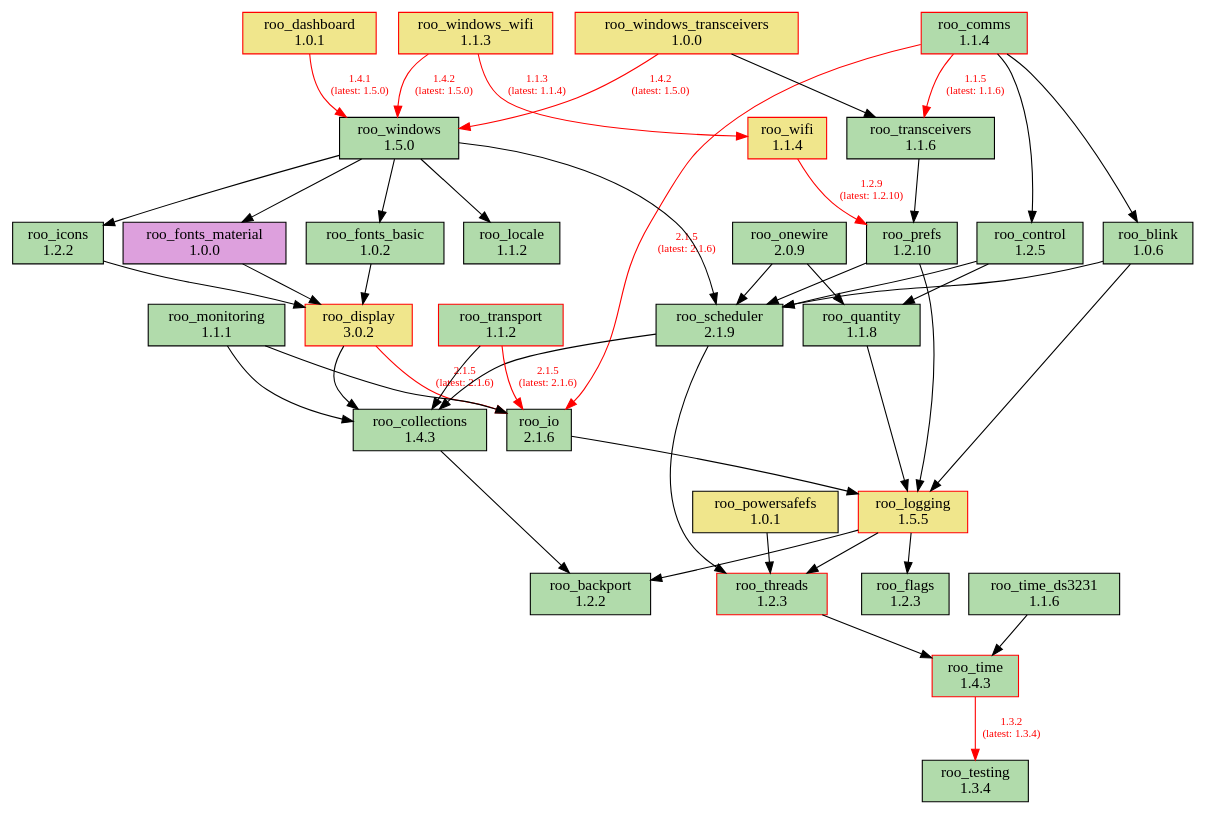
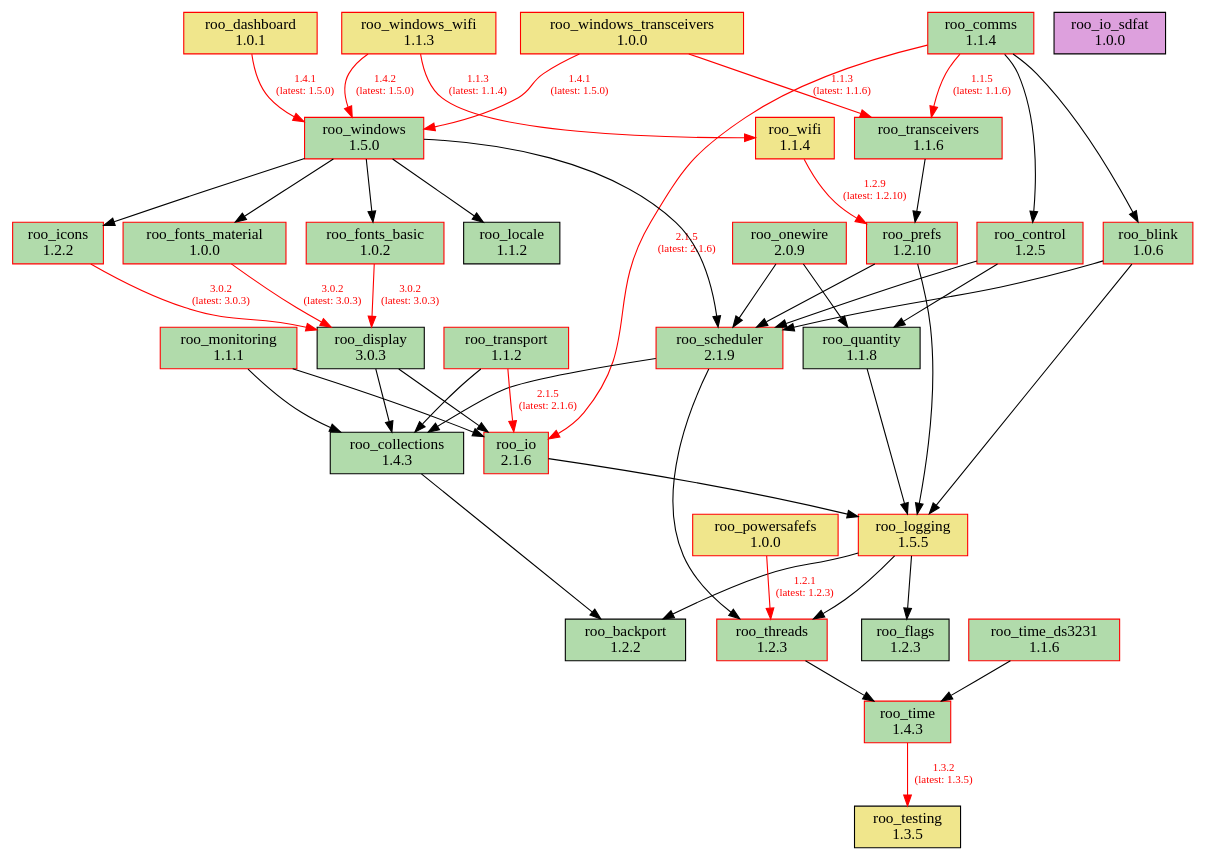
The diagram in doc/dependencies.dot (dejwk/roo-registry), drawn with Graphviz before and after one commit. The commit also changed 3 other files, not shown here.

Commit message:
Added roo_display 3.0.3 to the registry.

```diff
--- a/doc/dependencies.dot
+++ b/doc/dependencies.dot
@@ -1,84 +1,85 @@
 digraph dependencies {
     rankdir=TB;
     node [shape=box, style=filled];
     edge [fontsize=10];
 
     // Modules
     "roo_backport" [label="roo_backport\n1.2.2", fillcolor="#b1dbab", color="black"];
-    "roo_blink" [label="roo_blink\n1.0.6", fillcolor="#b1dbab", color="black"];
+    "roo_blink" [label="roo_blink\n1.0.6", fillcolor="#b1dbab", color="red"];
     "roo_collections" [label="roo_collections\n1.4.3", fillcolor="#b1dbab", color="black"];
     "roo_comms" [label="roo_comms\n1.1.4", fillcolor="#b1dbab", color="red"];
-    "roo_control" [label="roo_control\n1.2.5", fillcolor="#b1dbab", color="black"];
+    "roo_control" [label="roo_control\n1.2.5", fillcolor="#b1dbab", color="red"];
     "roo_dashboard" [label="roo_dashboard\n1.0.1", fillcolor="khaki", color="red"];
-    "roo_display" [label="roo_display\n3.0.2", fillcolor="khaki", color="red"];
+    "roo_display" [label="roo_display\n3.0.3", fillcolor="#b1dbab", color="black"];
     "roo_flags" [label="roo_flags\n1.2.3", fillcolor="#b1dbab", color="black"];
-    "roo_fonts_basic" [label="roo_fonts_basic\n1.0.2", fillcolor="#b1dbab", color="black"];
-    "roo_fonts_material" [label="roo_fonts_material\n1.0.0", fillcolor="plum", color="black"];
-    "roo_icons" [label="roo_icons\n1.2.2", fillcolor="#b1dbab", color="black"];
-    "roo_io" [label="roo_io\n2.1.6", fillcolor="#b1dbab", color="black"];
+    "roo_fonts_basic" [label="roo_fonts_basic\n1.0.2", fillcolor="#b1dbab", color="red"];
+    "roo_fonts_material" [label="roo_fonts_material\n1.0.0", fillcolor="#b1dbab", color="red"];
+    "roo_icons" [label="roo_icons\n1.2.2", fillcolor="#b1dbab", color="red"];
+    "roo_io" [label="roo_io\n2.1.6", fillcolor="#b1dbab", color="red"];
+    "roo_io_sdfat" [label="roo_io_sdfat\n1.0.0", fillcolor="plum", color="black"];
     "roo_locale" [label="roo_locale\n1.1.2", fillcolor="#b1dbab", color="black"];
     "roo_logging" [label="roo_logging\n1.5.5", fillcolor="khaki", color="red"];
-    "roo_monitoring" [label="roo_monitoring\n1.1.1", fillcolor="#b1dbab", color="black"];
-    "roo_onewire" [label="roo_onewire\n2.0.9", fillcolor="#b1dbab", color="black"];
-    "roo_powersafefs" [label="roo_powersafefs\n1.0.1", fillcolor="khaki", color="black"];
-    "roo_prefs" [label="roo_prefs\n1.2.10", fillcolor="#b1dbab", color="black"];
+    "roo_monitoring" [label="roo_monitoring\n1.1.1", fillcolor="#b1dbab", color="red"];
+    "roo_onewire" [label="roo_onewire\n2.0.9", fillcolor="#b1dbab", color="red"];
+    "roo_powersafefs" [label="roo_powersafefs\n1.0.0", fillcolor="khaki", color="red"];
+    "roo_prefs" [label="roo_prefs\n1.2.10", fillcolor="#b1dbab", color="red"];
     "roo_quantity" [label="roo_quantity\n1.1.8", fillcolor="#b1dbab", color="black"];
-    "roo_scheduler" [label="roo_scheduler\n2.1.9", fillcolor="#b1dbab", color="black"];
-    "roo_testing" [label="roo_testing\n1.3.4", fillcolor="#b1dbab", color="black"];
+    "roo_scheduler" [label="roo_scheduler\n2.1.9", fillcolor="#b1dbab", color="red"];
+    "roo_testing" [label="roo_testing\n1.3.5", fillcolor="khaki", color="black"];
     "roo_threads" [label="roo_threads\n1.2.3", fillcolor="#b1dbab", color="red"];
     "roo_time" [label="roo_time\n1.4.3", fillcolor="#b1dbab", color="red"];
-    "roo_time_ds3231" [label="roo_time_ds3231\n1.1.6", fillcolor="#b1dbab", color="black"];
-    "roo_transceivers" [label="roo_transceivers\n1.1.6", fillcolor="#b1dbab", color="black"];
+    "roo_time_ds3231" [label="roo_time_ds3231\n1.1.6", fillcolor="#b1dbab", color="red"];
+    "roo_transceivers" [label="roo_transceivers\n1.1.6", fillcolor="#b1dbab", color="red"];
     "roo_transport" [label="roo_transport\n1.1.2", fillcolor="#b1dbab", color="red"];
     "roo_wifi" [label="roo_wifi\n1.1.4", fillcolor="khaki", color="red"];
-    "roo_windows" [label="roo_windows\n1.5.0", fillcolor="#b1dbab", color="black"];
+    "roo_windows" [label="roo_windows\n1.5.0", fillcolor="#b1dbab", color="red"];
     "roo_windows_transceivers" [label="roo_windows_transceivers\n1.0.0", fillcolor="khaki", color="red"];
     "roo_windows_wifi" [label="roo_windows_wifi\n1.1.3", fillcolor="khaki", color="red"];
 
     // Dependencies
     "roo_blink" -> "roo_logging";
     "roo_blink" -> "roo_scheduler";
     "roo_collections" -> "roo_backport";
     "roo_comms" -> "roo_blink";
     "roo_comms" -> "roo_control";
     "roo_comms" -> "roo_io" [color=red, fontcolor=red, label="2.1.5\n(latest: 2.1.6)"];
     "roo_comms" -> "roo_transceivers" [color=red, fontcolor=red, label="1.1.5\n(latest: 1.1.6)"];
     "roo_control" -> "roo_quantity";
     "roo_control" -> "roo_scheduler";
     "roo_dashboard" -> "roo_windows" [color=red, fontcolor=red, label="1.4.1\n(latest: 1.5.0)"];
     "roo_display" -> "roo_collections";
-    "roo_display" -> "roo_io" [color=red, fontcolor=red, label="2.1.5\n(latest: 2.1.6)"];
-    "roo_fonts_basic" -> "roo_display";
-    "roo_fonts_material" -> "roo_display";
-    "roo_icons" -> "roo_display";
+    "roo_display" -> "roo_io";
+    "roo_fonts_basic" -> "roo_display" [color=red, fontcolor=red, label="3.0.2\n(latest: 3.0.3)"];
+    "roo_fonts_material" -> "roo_display" [color=red, fontcolor=red, label="3.0.2\n(latest: 3.0.3)"];
+    "roo_icons" -> "roo_display" [color=red, fontcolor=red, label="3.0.2\n(latest: 3.0.3)"];
     "roo_io" -> "roo_logging";
     "roo_logging" -> "roo_backport";
     "roo_logging" -> "roo_flags";
     "roo_logging" -> "roo_threads";
     "roo_monitoring" -> "roo_collections";
     "roo_monitoring" -> "roo_io";
     "roo_onewire" -> "roo_scheduler";
     "roo_onewire" -> "roo_quantity";
-    "roo_powersafefs" -> "roo_threads";
+    "roo_powersafefs" -> "roo_threads" [color=red, fontcolor=red, label="1.2.1\n(latest: 1.2.3)"];
     "roo_prefs" -> "roo_logging";
     "roo_prefs" -> "roo_scheduler";
     "roo_quantity" -> "roo_logging";
     "roo_scheduler" -> "roo_collections";
     "roo_scheduler" -> "roo_threads";
     "roo_threads" -> "roo_time";
-    "roo_time" -> "roo_testing" [color=red, fontcolor=red, label="1.3.2\n(latest: 1.3.4)"];
+    "roo_time" -> "roo_testing" [color=red, fontcolor=red, label="1.3.2\n(latest: 1.3.5)"];
     "roo_time_ds3231" -> "roo_time";
     "roo_transceivers" -> "roo_prefs";
     "roo_transport" -> "roo_collections";
     "roo_transport" -> "roo_io" [color=red, fontcolor=red, label="2.1.5\n(latest: 2.1.6)"];
     "roo_wifi" -> "roo_prefs" [color=red, fontcolor=red, label="1.2.9\n(latest: 1.2.10)"];
     "roo_windows" -> "roo_fonts_basic";
     "roo_windows" -> "roo_fonts_material";
     "roo_windows" -> "roo_locale";
     "roo_windows" -> "roo_icons";
     "roo_windows" -> "roo_scheduler";
-    "roo_windows_transceivers" -> "roo_transceivers";
-    "roo_windows_transceivers" -> "roo_windows" [color=red, fontcolor=red, label="1.4.2\n(latest: 1.5.0)"];
+    "roo_windows_transceivers" -> "roo_transceivers" [color=red, fontcolor=red, label="1.1.3\n(latest: 1.1.6)"];
+    "roo_windows_transceivers" -> "roo_windows" [color=red, fontcolor=red, label="1.4.1\n(latest: 1.5.0)"];
     "roo_windows_wifi" -> "roo_wifi" [color=red, fontcolor=red, label="1.1.3\n(latest: 1.1.4)"];
     "roo_windows_wifi" -> "roo_windows" [color=red, fontcolor=red, label="1.4.2\n(latest: 1.5.0)"];
 }
```
